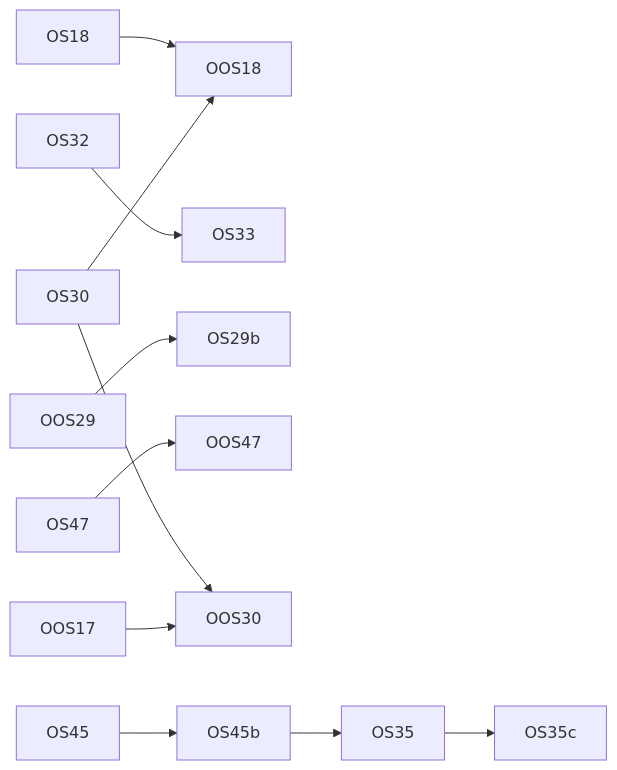
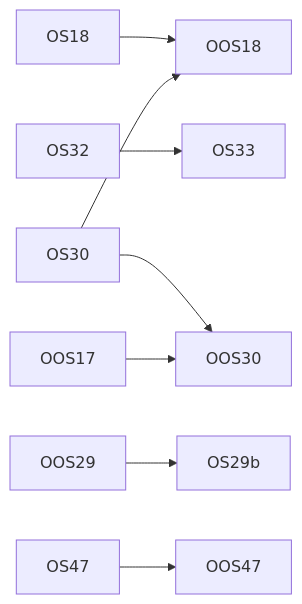
The diagram in PLAN_ORGANIC_SEARCH.md (diy-accounting-uk/submit.diyaccounting.co.uk), drawn with Mermaid before and after one commit. The commit also changed other lines of this file and 1 other file, not shown here.

````diff
--- a/PLAN_ORGANIC_SEARCH.md
+++ b/PLAN_ORGANIC_SEARCH.md
@@ -896,13 +891,10 @@
 ```mermaid
 flowchart LR
   OS18 --> OOS18
   OS32 --> OS33
   OS30 --> OOS18
   OOS29 --> OS29b
   OS47 --> OOS47
   OS30 --> OOS30
   OOS17 --> OOS30
-  OS45 --> OS45b
-  OS45b --> OS35
-  OS35 --> OS35c
 ```
````
